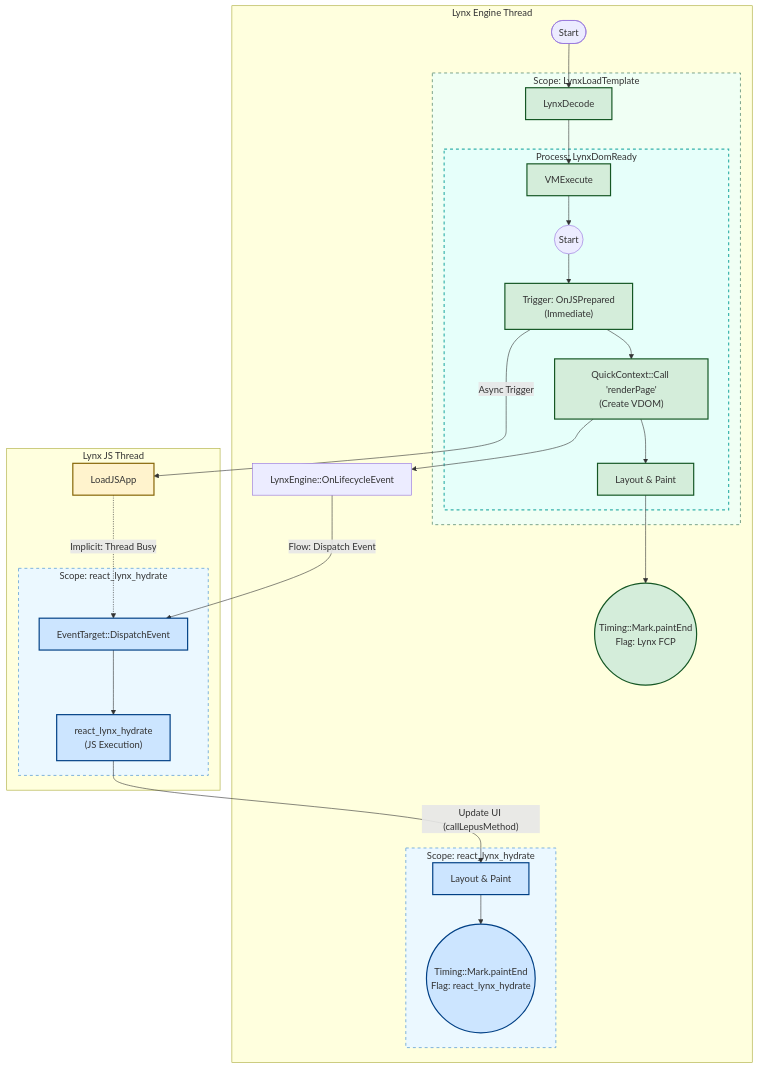
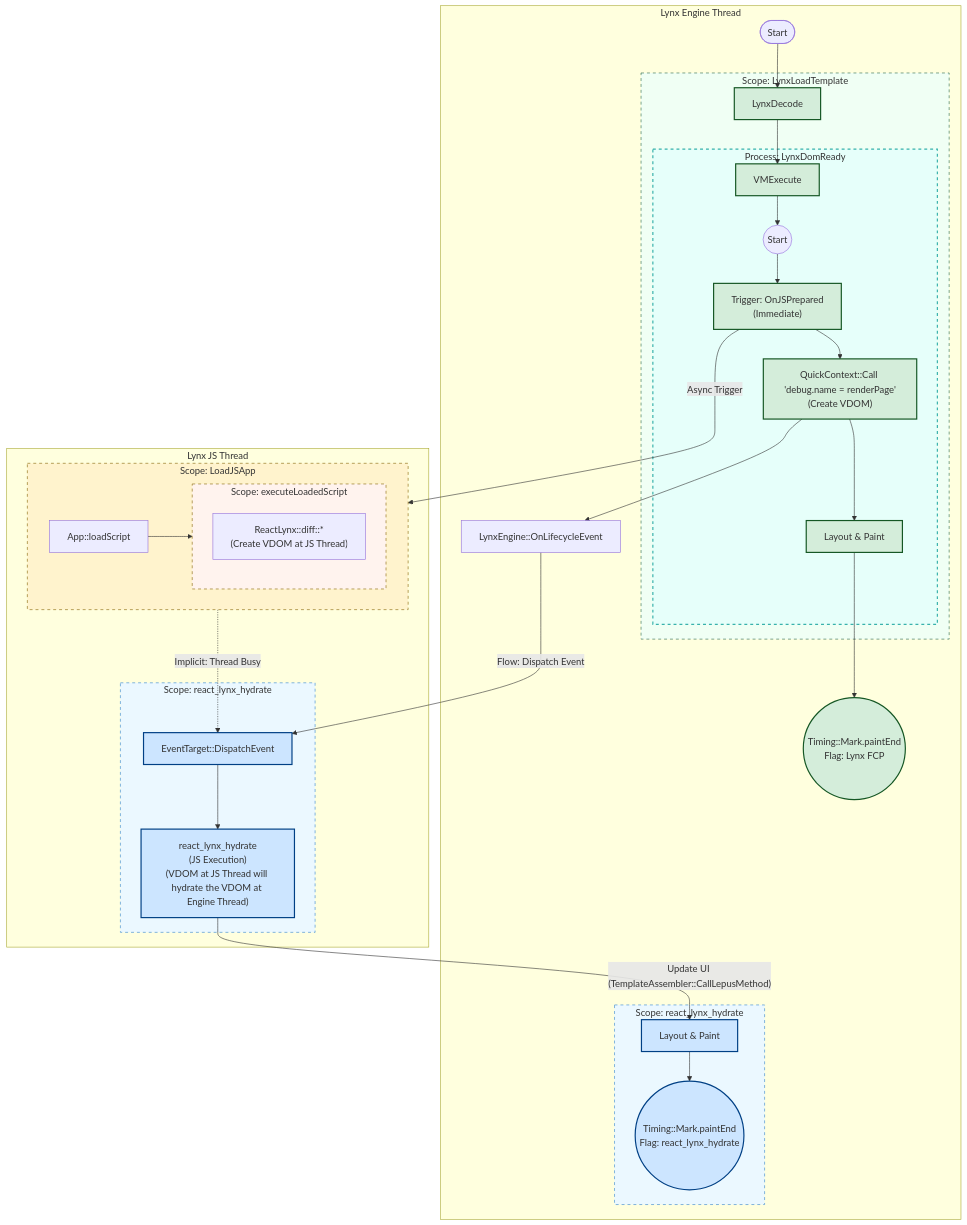
One commit to lynx-community/skills changed the diagram in skills/trace-analysis/SKILL.md. Above: the diagram before and after it, drawn with Mermaid. The commit also changed other lines of this file, not shown here.

Commit message:
fix: PE for `skills/trace-analysis` (#8)
* fix: PE for `skills/trace-analysis`

* chore: add changeset

* Apply suggestions from code review

---------

````diff
--- a/skills/trace-analysis/SKILL.md
+++ b/skills/trace-analysis/SKILL.md
@@ -127,69 +127,78 @@
 ```mermaid
 graph TD
     %% Define Threads
     subgraph Engine_Thread [Lynx Engine Thread]
         Start([Start])
         
         %% 1. Parent Scope: LynxLoadTemplate
         subgraph LoadTemplate_Scope [Scope: LynxLoadTemplate]
             style LoadTemplate_Scope fill:#f0fff4,stroke:#276749,stroke-dasharray: 5 5
             
             %% 1.1 Preceding Steps
             Decode[LynxDecode] --> VMExec[VMExecute]
             
             %% 1.2 Nested DomReady Process
             subgraph DomReady_Process [Process: LynxDomReady]
                 style DomReady_Process fill:#e6fffa,stroke:#38b2ac,stroke-dasharray: 5 5
                 
                 VMExec --> DR_Start((Start))
                 DR_Start --> TriggerJS["Trigger: OnJSPrepared<br/>(Immediate)"]
                 
-                TriggerJS --> CreateVDOM["QuickContext::Call 'renderPage'<br/>(Create VDOM)"]
+                TriggerJS --> CreateVDOM["QuickContext::Call 'debug.name = renderPage'<br/>(Create VDOM)"]
                 
                 CreateVDOM --> LayoutFCP[Layout & Paint]
             end
         end
         
         Start --> Decode
         
         %% FCP Output (Happens after the layout in DomReady)
         LayoutFCP --> PaintFCP(("Timing::Mark.paintEnd<br/>Flag: Lynx FCP"))
         
         %% Lifecycle Trigger Path
         CreateVDOM --> Lifecycle[LynxEngine::OnLifecycleEvent]
         
         %% Hydration Scope
         subgraph Hydration_Scope_Engine [Scope: react_lynx_hydrate]
             style Hydration_Scope_Engine fill:#ebf8ff,stroke:#3182ce,stroke-dasharray: 5 5
             UpdateUI[Layout & Paint] --> PaintHydrate(("Timing::Mark.paintEnd<br/>Flag: react_lynx_hydrate"))
         end
     end
 
     subgraph JS_Thread [Lynx JS Thread]
-        JSBoot[LoadJSApp]
+        subgraph LoadJSApp [Scope: LoadJSApp]
+            style LoadJSApp fill:#fff3cd,stroke:#856404,stroke-dasharray: 5 5
+            LoadScript[App::loadScript]
+            subgraph ExecScript [Scope: executeLoadedScript]
+                style ExecScript fill:#fff3ee,stroke:#856404,stroke-dasharray: 5 5
+                CreateVDOM_JSThread["ReactLynx::diff::*<br/>(Create VDOM at JS Thread)"]
+            end
+        end
+        
+        LoadScript --> ExecScript
         
         subgraph Hydration_Scope_JS [Scope: react_lynx_hydrate]
             style Hydration_Scope_JS fill:#ebf8ff,stroke:#3182ce,stroke-dasharray: 5 5
             EventDispatch[EventTarget::DispatchEvent]
-            Hydrate["react_lynx_hydrate<br/>(JS Execution)"]
+            Hydrate["react_lynx_hydrate<br/>(JS Execution)<br/>(VDOM at JS Thread will hydrate the VDOM at Engine Thread)"]
         end
-        
-        JSBoot -.->|Implicit: Thread Busy| EventDispatch
+
+        LoadJSApp -.->|Implicit: Thread Busy| EventDispatch
         EventDispatch --> Hydrate
-        Hydrate --"Update UI (callLepusMethod)"--> UpdateUI
+        Hydrate --"Update UI (TemplateAssembler::CallLepusMethod)"--> UpdateUI
     end
 
     %% Cross-Thread Signals
-    TriggerJS --"Async Trigger"--> JSBoot
+    TriggerJS --"Async Trigger"--> LoadJSApp
     Lifecycle --"Flow: Dispatch Event"--> EventDispatch
 
     %% Styling Classes
     classDef fcp fill:#d4edda,stroke:#155724,stroke-width:2px;
     classDef hydrate fill:#cce5ff,stroke:#004085,stroke-width:2px;
     classDef busy fill:#fff3cd,stroke:#856404,stroke-width:2px;
     classDef scope fill:#fff,stroke:#333,stroke-width:1px,stroke-dasharray: 5 5;
     
     class PaintFCP,DomReady_Process,LayoutFCP,TriggerJS,CreateVDOM,Decode,VMExec fcp;
     class PaintHydrate,Hydrate,EventDispatch,UpdateUI hydrate;
     class JSBoot busy;
 ```
````
